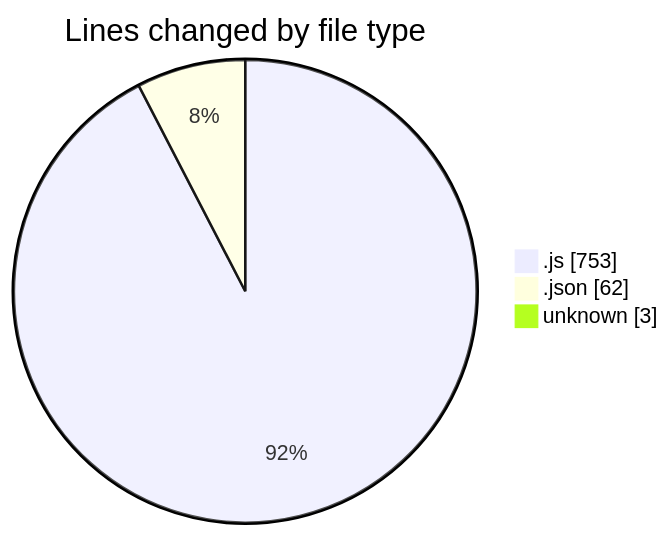
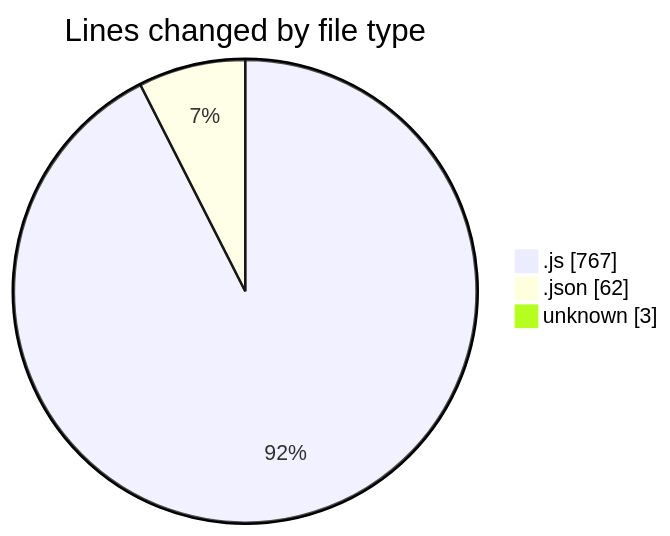
Before and after one commit to Ritupan-Deka/code-tracking: the first of 2 diagrams in 2025-07-02/mern-thinkboard/README.md, drawn with Mermaid. The commit also changed other lines of this file and 1 other file, not shown here.

````diff
--- a/2025-07-02/mern-thinkboard/README.md
+++ b/2025-07-02/mern-thinkboard/README.md
@@ -31,7 +31,7 @@
 ```mermaid
 pie showData
 title Lines changed by file type
-".js" : 753
+".js" : 767
 ".json" : 62
 "unknown" : 3
 ```
````
